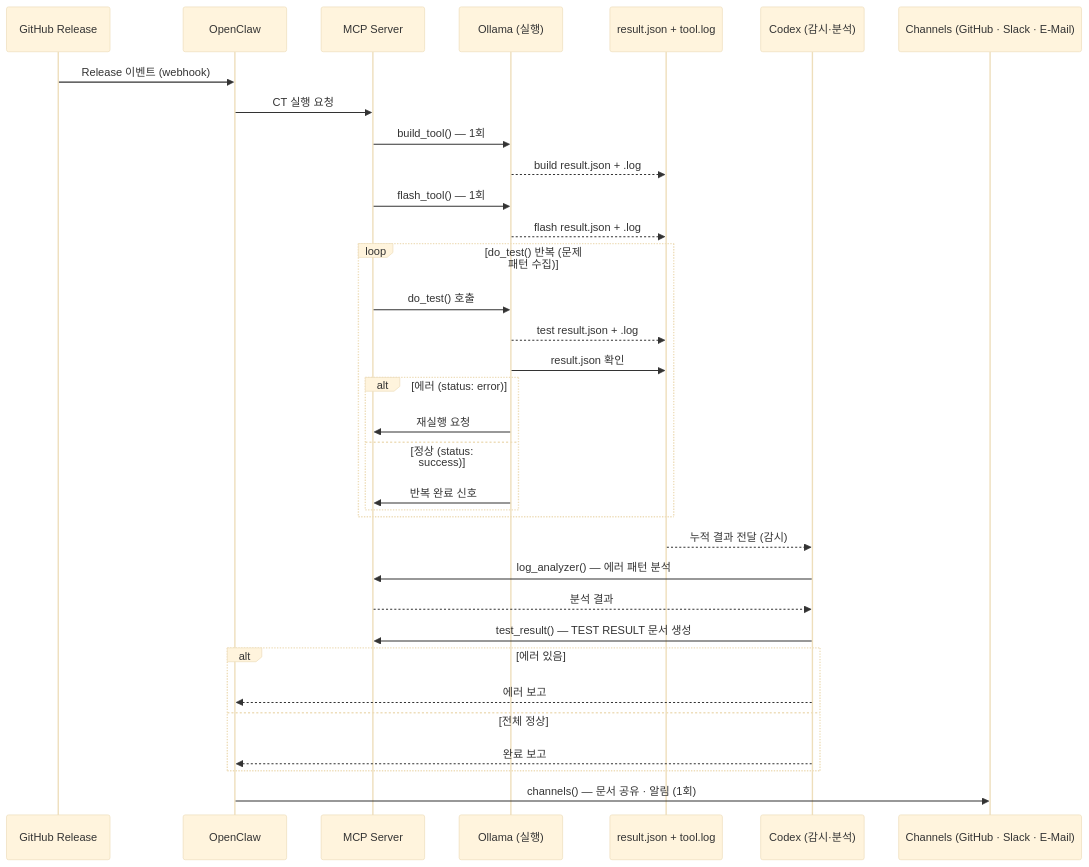
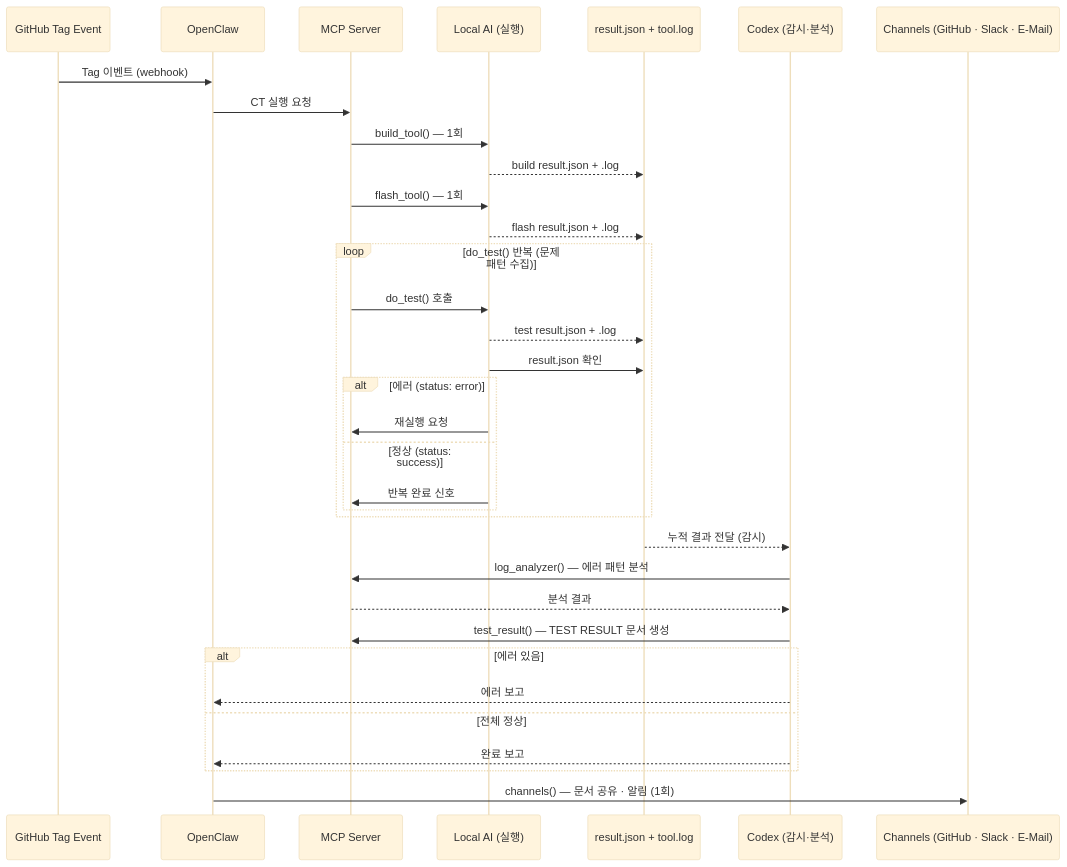
The first of 2 diagrams in docs/mcp/mcp_server.md (JeonghunLee/local-ai-agent-mcp), drawn with Mermaid (base theme) before and after one commit. The commit also changed other lines of this file, not shown here.

````diff
--- a/docs/mcp/mcp_server.md
+++ b/docs/mcp/mcp_server.md
@@ -58,37 +56,37 @@
 ```mermaid
 sequenceDiagram
-    participant GH as GitHub Release
+    participant GH as GitHub Tag Event
     participant OC as OpenClaw
     participant M as MCP Server
-    participant OL as Ollama (실행)
+    participant OL as Local AI (실행)
     participant J as result.json + tool.log
     participant CX as Codex (감시·분석)
     participant CH as Channels (GitHub · Slack · E-Mail)
 
-    GH->>OC: Release 이벤트 (webhook)
+    GH->>OC: Tag 이벤트 (webhook)
     OC->>M: CT 실행 요청
     M->>OL: build_tool() — 1회
     OL-->>J: build result.json + .log
     M->>OL: flash_tool() — 1회
     OL-->>J: flash result.json + .log
     loop do_test() 반복 (문제 패턴 수집)
         M->>OL: do_test() 호출
         OL-->>J: test result.json + .log
         OL->>J: result.json 확인
         alt 에러 (status: error)
             OL->>M: 재실행 요청
         else 정상 (status: success)
             OL->>M: 반복 완료 신호
         end
     end
     J-->>CX: 누적 결과 전달 (감시)
     CX->>M: log_analyzer() — 에러 패턴 분석
     M-->>CX: 분석 결과
     CX->>M: test_result() — TEST RESULT 문서 생성
     alt 에러 있음
         CX-->>OC: 에러 보고
     else 전체 정상
         CX-->>OC: 완료 보고
     end
     OC->>CH: channels() — 문서 공유 · 알림 (1회)
 ```
````
